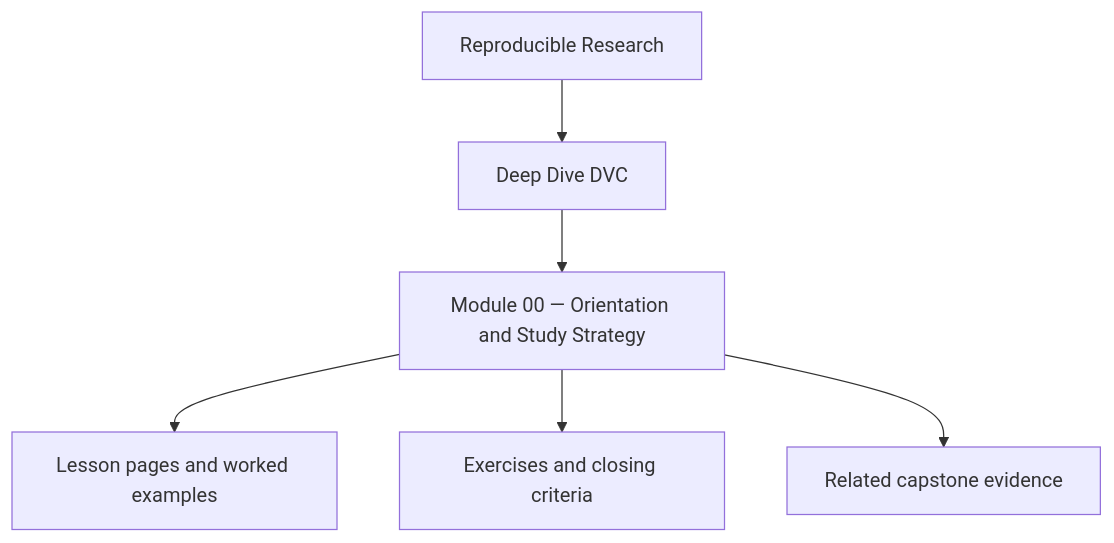
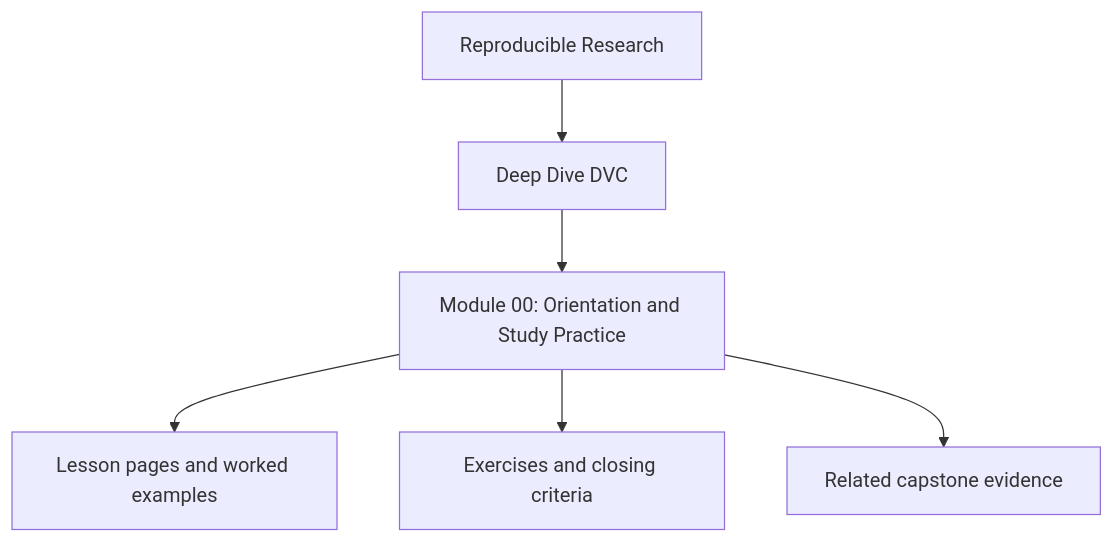
The first of 2 diagrams in programs/reproducible-research/deep-dive-dvc/course-book/module-00-orientation/index.md (bijux/bijux-masterclass), drawn with Mermaid before and after one commit. The commit also changed other lines of this file and 241 other files, not shown here.

````diff
--- a/programs/reproducible-research/deep-dive-dvc/course-book/module-00-orientation/index.md
+++ b/programs/reproducible-research/deep-dive-dvc/course-book/module-00-orientation/index.md
@@ -9,8 +9,8 @@
 ```mermaid
 flowchart TD
   family["Reproducible Research"] --> program["Deep Dive DVC"]
-  program --> module["Module 00 — Orientation and Study Strategy"]
+  program --> module["Module 00: Orientation and Study Practice"]
   module --> lessons["Lesson pages and worked examples"]
   module --> checkpoints["Exercises and closing criteria"]
   module --> capstone["Related capstone evidence"]
 ```
````
